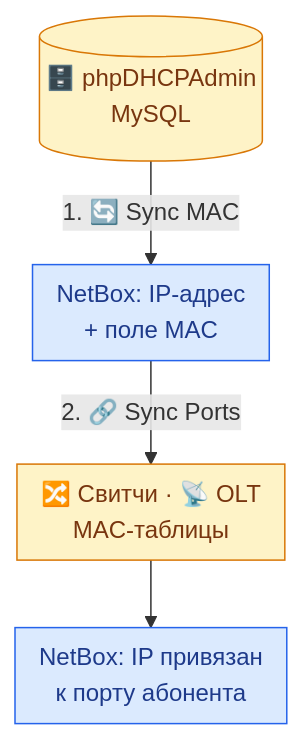
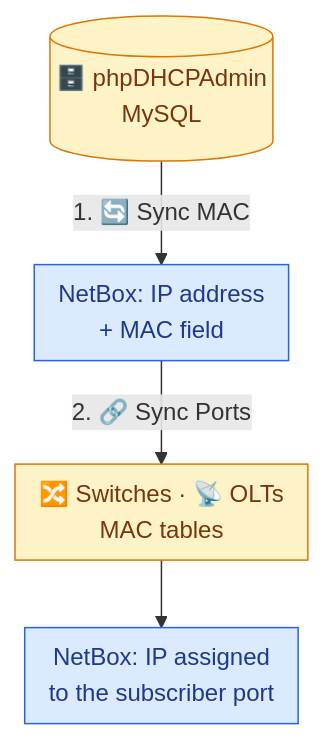
The first of 4 diagrams in docs/features/06a-netbox-mac-sync.md (Madly222/MCPforMonitoring), drawn with Mermaid before and after one commit. The commit also changed other lines of this file and 37 other files, not shown here.

````diff
--- a/docs/features/06a-netbox-mac-sync.md
+++ b/docs/features/06a-netbox-mac-sync.md
@@ -12,10 +12,10 @@
 ```mermaid
 %%{init: {"flowchart": {"nodeSpacing": 14, "rankSpacing": 45, "curve": "basis", "padding": 8, "wrappingWidth": 260}}}%%
 flowchart TB
-    DB[("🗄️ phpDHCPAdmin<br/>MySQL")]:::src -- "1. 🔄 Sync MAC" --> IP["NetBox: IP-адрес<br/>+ поле MAC"]:::nb
-    IP -- "2. 🔗 Sync Ports" --> NET["🔀 Свитчи · 📡 OLT<br/>MAC-таблицы"]:::src
-    NET --> ASSIGN["NetBox: IP привязан<br/>к порту абонента"]:::nb
+    DB[("🗄️ phpDHCPAdmin<br/>MySQL")]:::src -- "1. 🔄 Sync MAC" --> IP["NetBox: IP address<br/>+ MAC field"]:::nb
+    IP -- "2. 🔗 Sync Ports" --> NET["🔀 Switches · 📡 OLTs<br/>MAC tables"]:::src
+    NET --> ASSIGN["NetBox: IP assigned<br/>to the subscriber port"]:::nb
 
     classDef src fill:#fef3c7,stroke:#d97706,color:#78350f
     classDef nb  fill:#dbeafe,stroke:#2563eb,color:#1e3a8a
 ```
````
